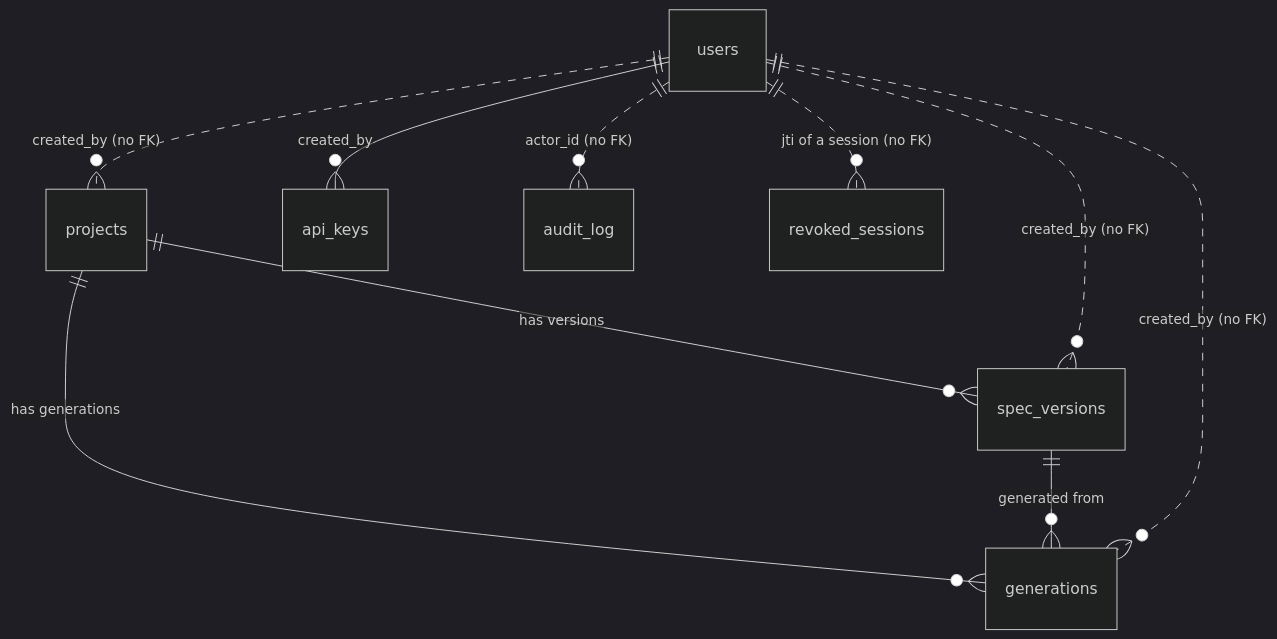
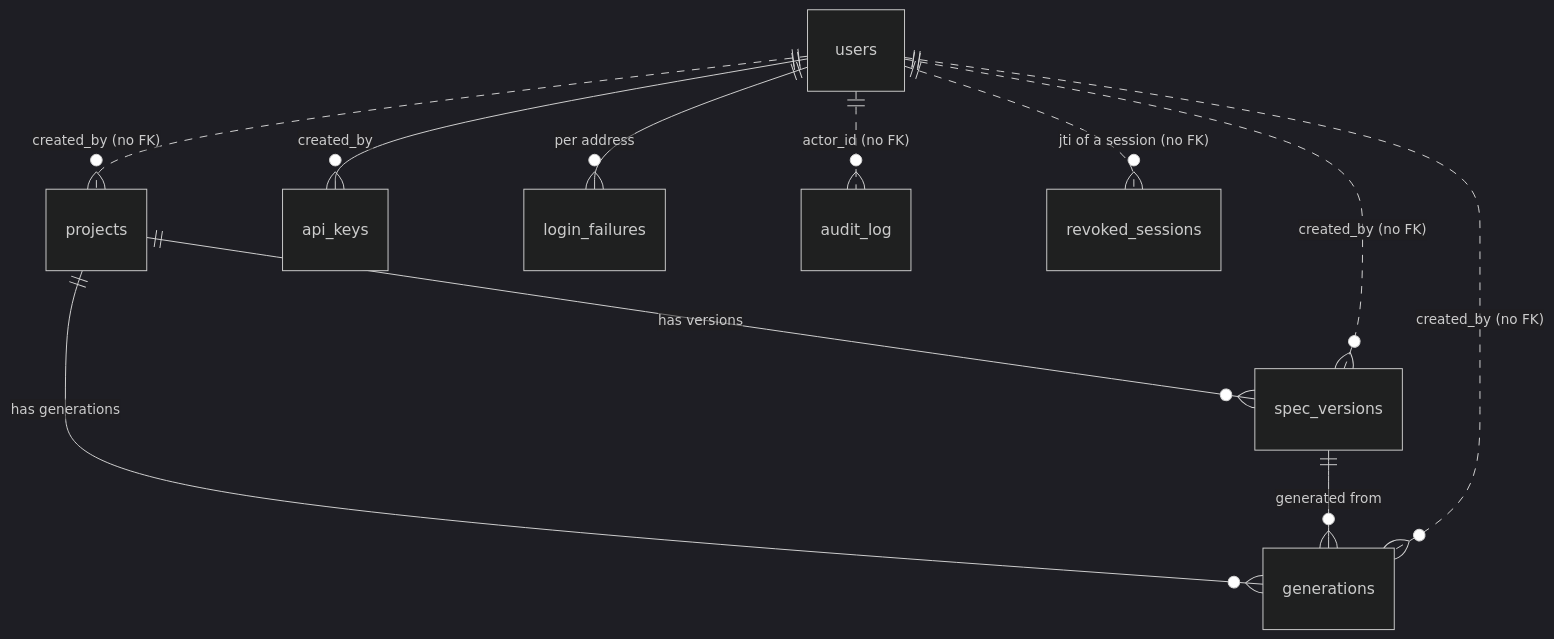
Before and after one commit to Sudhansu-Repository/euron-open-apiforge: the first of 2 diagrams in docs/architecture/data-model.md, drawn with Mermaid (dark theme). The commit also changed other lines of this file and 18 other files, not shown here.

````diff
--- a/docs/architecture/data-model.md
+++ b/docs/architecture/data-model.md
@@ -39,12 +44,13 @@
 ```mermaid
 erDiagram
   projects ||--o{ spec_versions : "has versions"
   projects ||--o{ generations : "has generations"
   spec_versions ||--o{ generations : "generated from"
   users ||--o{ api_keys : "created_by"
+  users ||--o{ login_failures : "per address"
   users ||..o{ projects : "created_by (no FK)"
   users ||..o{ spec_versions : "created_by (no FK)"
   users ||..o{ generations : "created_by (no FK)"
   users ||..o{ audit_log : "actor_id (no FK)"
   users ||..o{ revoked_sessions : "jti of a session (no FK)"
 ```
````
